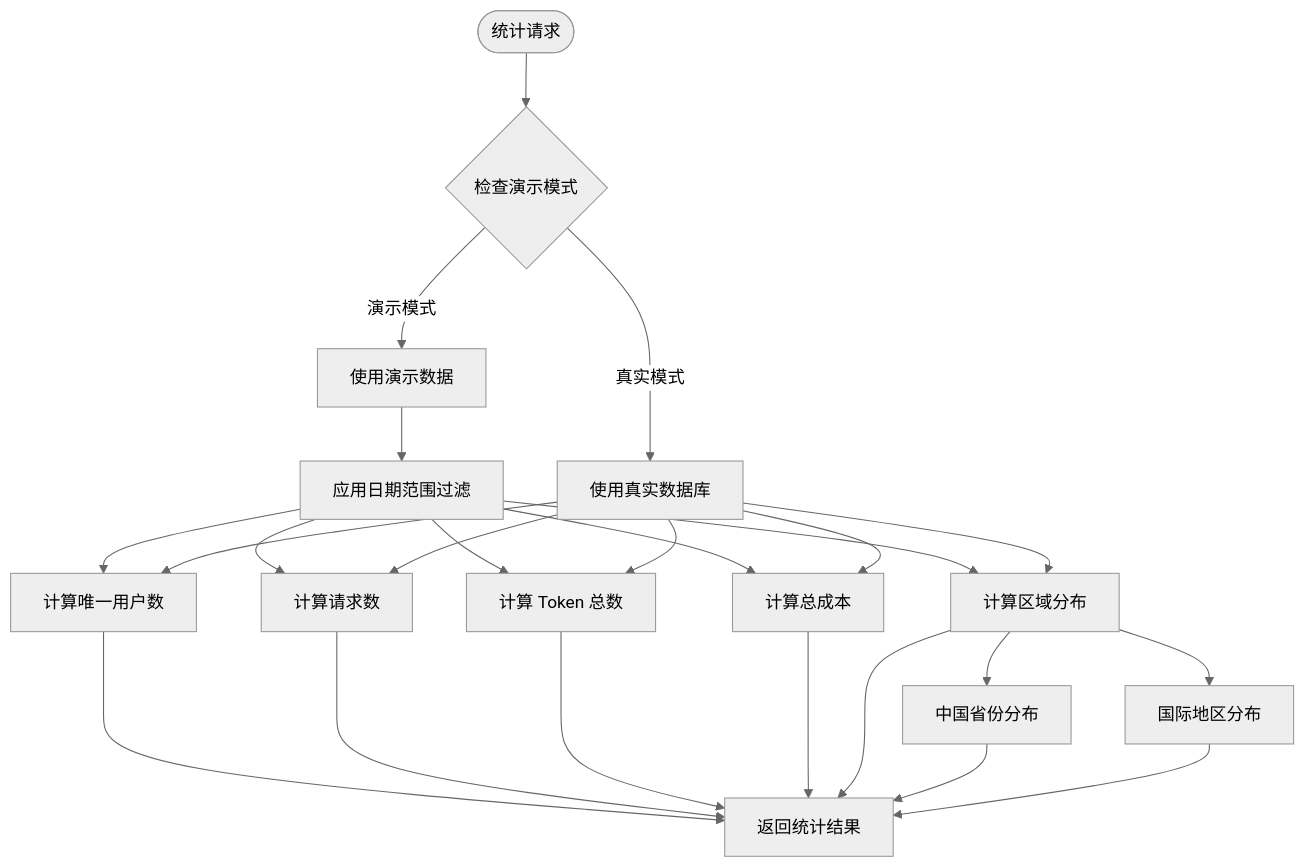
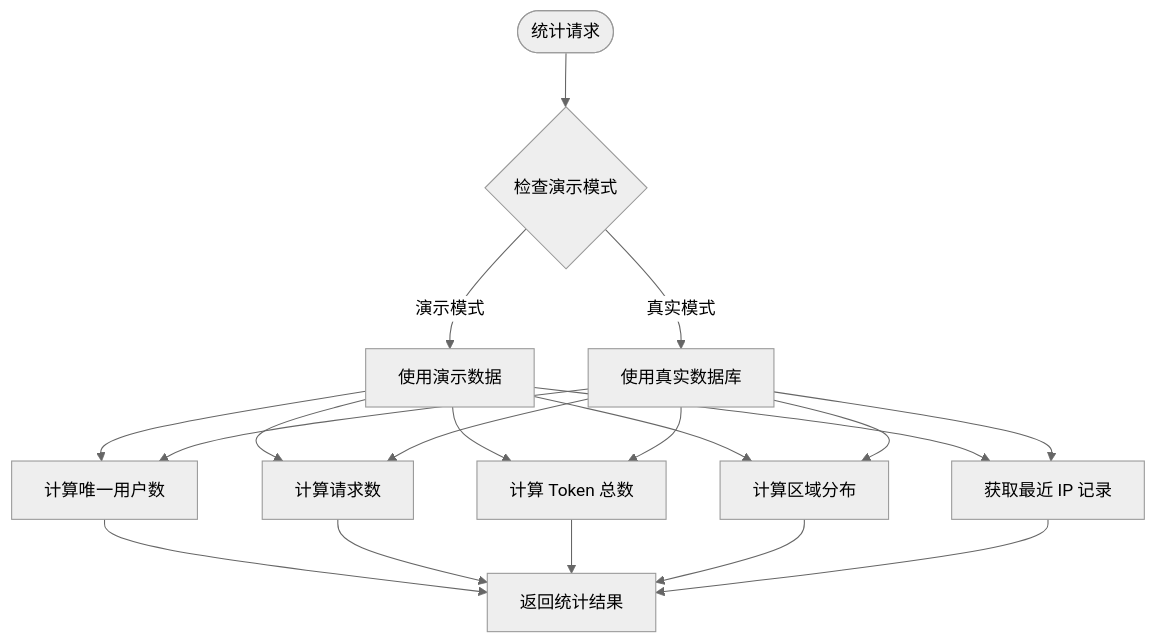
One commit to RadiumAg/AIGate changed the fifth of 8 diagrams in .qoder/repowiki/zh/content/核心功能/演示模式系统.md. Above: the diagram before and after it, drawn with Mermaid (neutral theme). The commit also changed other lines of this file and 15 other files, not shown here.

````diff
--- a/.qoder/repowiki/zh/content/核心功能/演示模式系统.md
+++ b/.qoder/repowiki/zh/content/核心功能/演示模式系统.md
@@ -312,26 +324,21 @@
 ```mermaid
 flowchart TD
 Start([统计请求]) --> CheckMode{检查演示模式}
 CheckMode --> |演示模式| UseDemoData[使用演示数据]
 CheckMode --> |真实模式| UseRealDB[使用真实数据库]
-UseDemoData --> DateFilter[应用日期范围过滤]
-DateFilter --> DistinctUsers[计算唯一用户数]
-DateFilter --> RequestCount[计算请求数]
-DateFilter --> TokenSum[计算 Token 总数]
-DateFilter --> CostSum[计算总成本]
-DateFilter --> RegionDist[计算区域分布]
-RegionDist --> ChinaProvinces[中国省份分布]
-RegionDist --> InternationalRegions[国际地区分布]
+UseDemoData --> DistinctUsers[计算唯一用户数]
+UseDemoData --> RequestCount[计算请求数]
+UseDemoData --> TokenSum[计算 Token 总数]
+UseDemoData --> RegionDist[计算区域分布]
+UseDemoData --> RecentIP[获取最近 IP 记录]
 UseRealDB --> DistinctUsers
 UseRealDB --> RequestCount
 UseRealDB --> TokenSum
-UseRealDB --> CostSum
 UseRealDB --> RegionDist
+UseRealDB --> RecentIP
 DistinctUsers --> ReturnStats[返回统计结果]
 RequestCount --> ReturnStats
 TokenSum --> ReturnStats
-CostSum --> ReturnStats
 RegionDist --> ReturnStats
-ChinaProvinces --> ReturnStats
-InternationalRegions --> ReturnStats
+RecentIP --> ReturnStats
 ```
````
